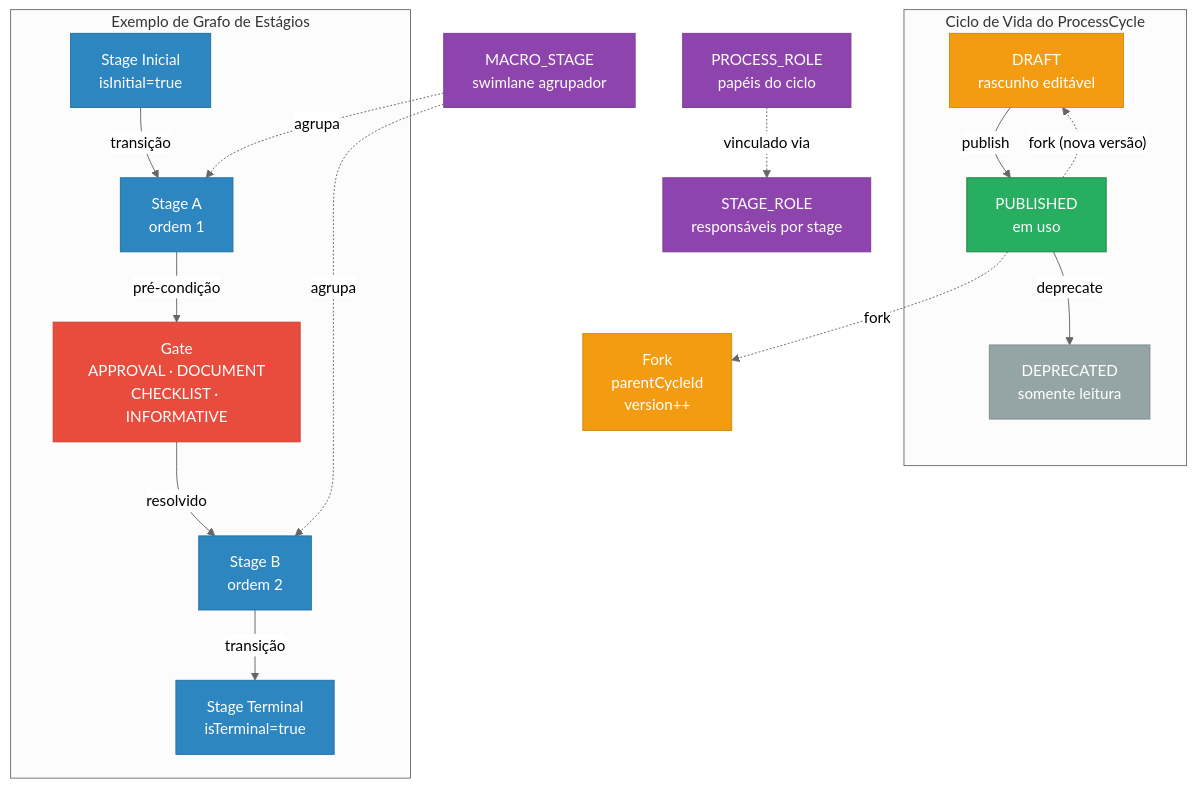
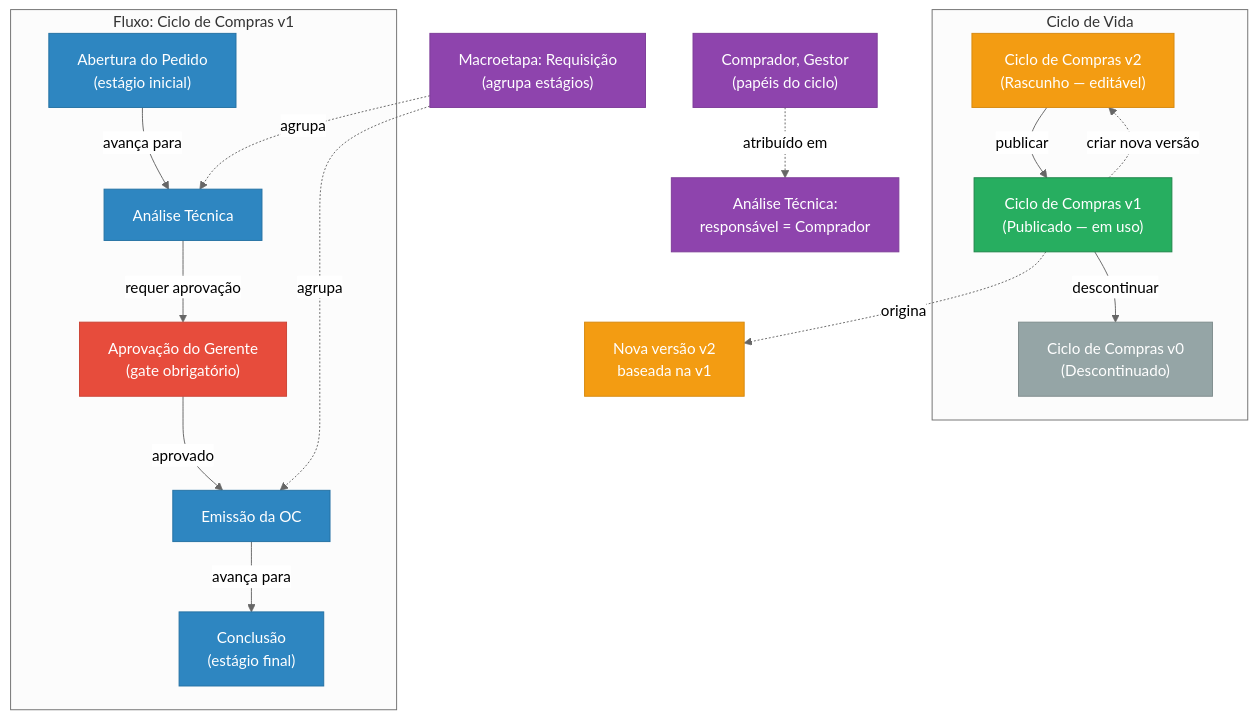
One commit to sulivanti/easycf changed the first of 2 diagrams in docs/04_modules/mod-005-modelagem-processos/diagrams/domain-model.md. Above: the diagram before and after it, drawn with Mermaid (neutral theme). The commit also changed 99 other files, not shown here.

Commit message:
chore: atualiza diagramas domain-model, skills e configurações de agentes

````diff
--- a/docs/04_modules/mod-005-modelagem-processos/diagrams/domain-model.md
+++ b/docs/04_modules/mod-005-modelagem-processos/diagrams/domain-model.md
@@ -5,47 +5,47 @@
 ```mermaid
 graph TD
-    subgraph LIFECYCLE ["Ciclo de Vida do ProcessCycle"]
-        DRAFT["DRAFT<br/>rascunho editável"]
-        PUB["PUBLISHED<br/>em uso"]
-        DEP["DEPRECATED<br/>somente leitura"]
-        DRAFT -->|"publish"| PUB
-        PUB -->|"deprecate"| DEP
-        PUB -.->|"fork (nova versão)"| DRAFT
+    subgraph LIFECYCLE ["Ciclo de Vida"]
+        DRAFT["Ciclo de Compras v2<br/>(Rascunho — editável)"]
+        PUB["Ciclo de Compras v1<br/>(Publicado — em uso)"]
+        DEP["Ciclo de Compras v0<br/>(Descontinuado)"]
+        DRAFT -->|"publicar"| PUB
+        PUB -->|"descontinuar"| DEP
+        PUB -.->|"criar nova versão"| DRAFT
     end
 
-    subgraph GRAFO ["Exemplo de Grafo de Estágios"]
-        SI["Stage Inicial<br/>isInitial=true"]
-        SA["Stage A<br/>ordem 1"]
-        G["Gate<br/>APPROVAL · DOCUMENT<br/>CHECKLIST · INFORMATIVE"]
-        SB["Stage B<br/>ordem 2"]
-        ST["Stage Terminal<br/>isTerminal=true"]
-        SI -->|"transição"| SA
-        SA -->|"pré-condição"| G
-        G -->|"resolvido"| SB
-        SB -->|"transição"| ST
+    subgraph GRAFO ["Fluxo: Ciclo de Compras v1"]
+        SI["Abertura do Pedido<br/>(estágio inicial)"]
+        SA["Análise Técnica"]
+        G["Aprovação do Gerente<br/>(gate obrigatório)"]
+        SB["Emissão da OC"]
+        ST["Conclusão<br/>(estágio final)"]
+        SI -->|"avança para"| SA
+        SA -->|"requer aprovação"| G
+        G -->|"aprovado"| SB
+        SB -->|"avança para"| ST
     end
 
-    MS["MACRO_STAGE<br/>swimlane agrupador"]
-    PR["PROCESS_ROLE<br/>papéis do ciclo"]
-    SR["STAGE_ROLE<br/>responsáveis por stage"]
-    FK["Fork<br/>parentCycleId<br/>version++"]
+    MS["Macroetapa: Requisição<br/>(agrupa estágios)"]
+    PR["Comprador, Gestor<br/>(papéis do ciclo)"]
+    SR["Análise Técnica:<br/>responsável = Comprador"]
+    FK["Nova versão v2<br/>baseada na v1"]
 
     MS -.->|"agrupa"| SA
     MS -.->|"agrupa"| SB
-    PR -.->|"vinculado via"| SR
-    PUB -.->|"fork"| FK
+    PR -.->|"atribuído em"| SR
+    PUB -.->|"origina"| FK
 
     classDef draft fill:#F39C12,stroke:#D68910,color:#fff
     classDef published fill:#27AE60,stroke:#1E8449,color:#fff
     classDef deprecated fill:#95A5A6,stroke:#7F8C8D,color:#fff
     classDef stage fill:#2E86C1,stroke:#2471A3,color:#fff
     classDef gate fill:#E74C3C,stroke:#CB4335,color:#fff
     classDef support fill:#8E44AD,stroke:#7D3C98,color:#fff
 
     class DRAFT,FK draft
     class PUB published
     class DEP deprecated
     class SI,SA,SB,ST stage
     class G gate
     class MS,PR,SR support
 ```
````
